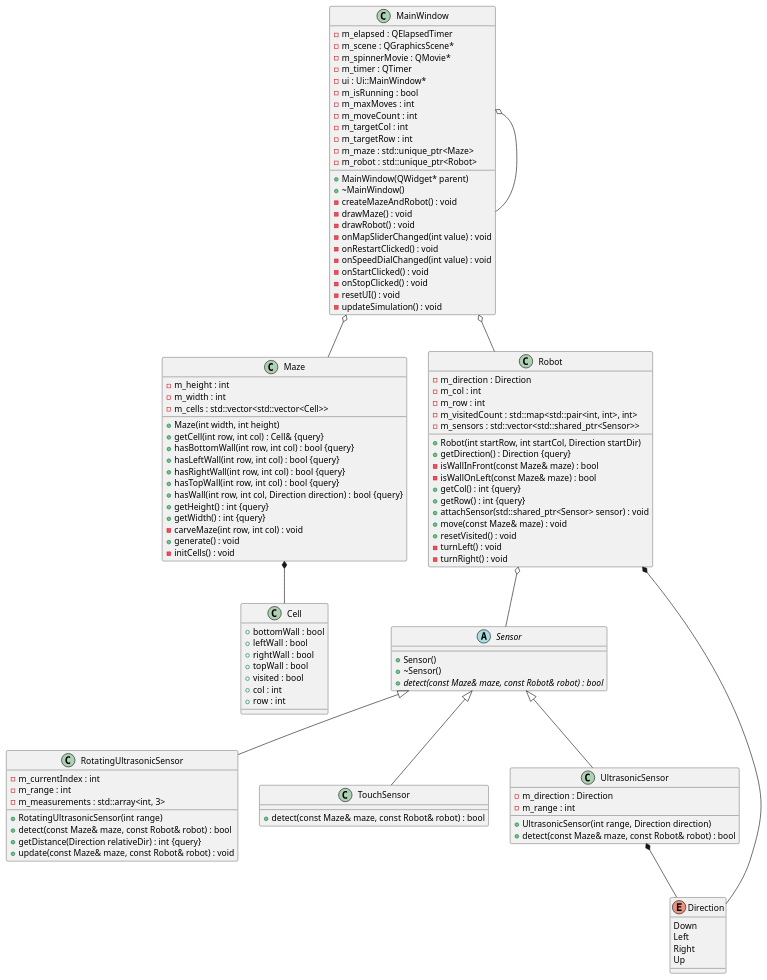
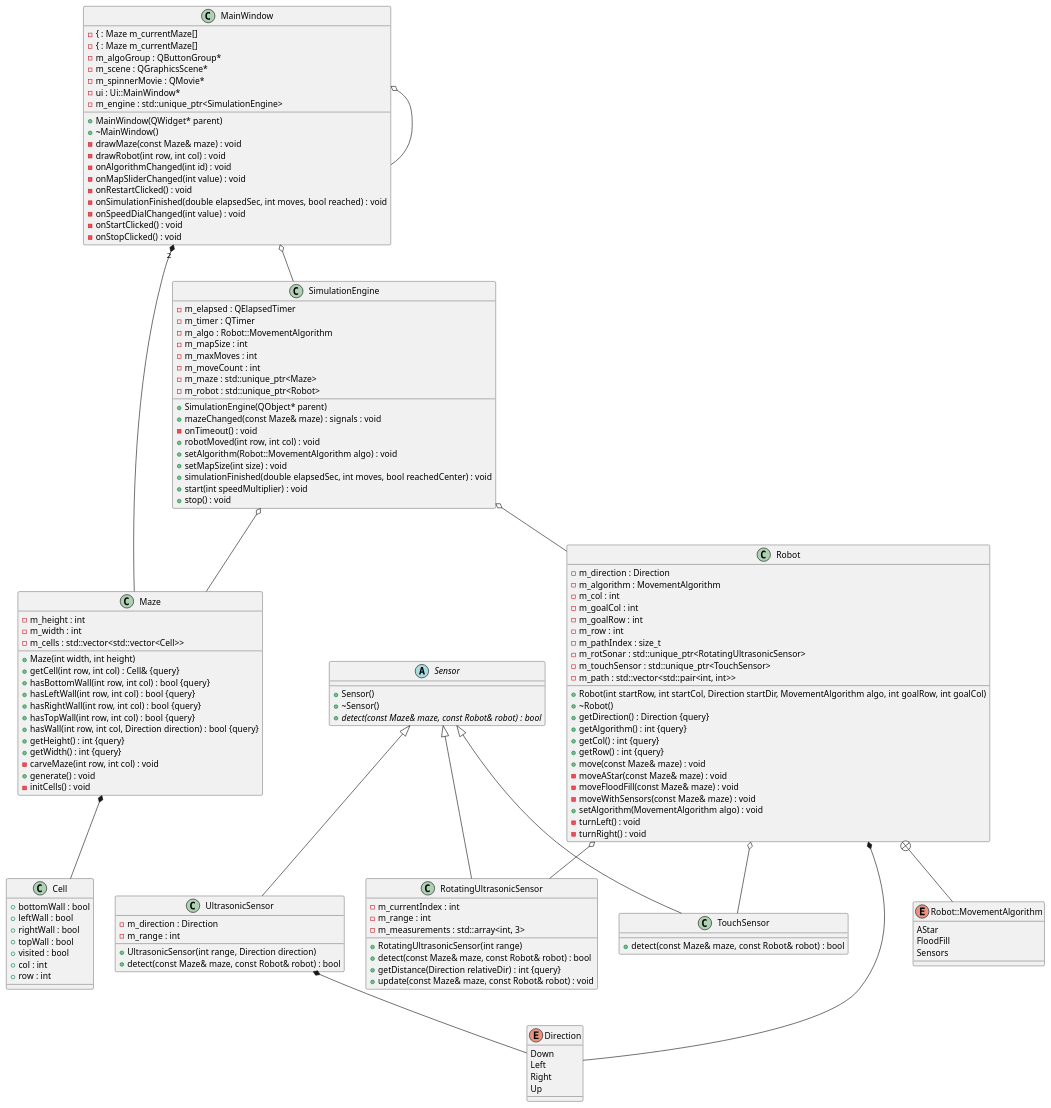
One commit to Meowzeeeee/Micromouse changed the diagram in MS_Micromouse/output.puml. Above: the diagram before and after it, drawn with PlantUML. The commit also changed 1 other file, not shown here.

```diff
--- a/MS_Micromouse/output.puml
+++ b/MS_Micromouse/output.puml
@@ -9,28 +9,22 @@
 class MainWindow {
 	+MainWindow(QWidget* parent)
 	+~MainWindow()
-	-m_elapsed : QElapsedTimer
+	-{ : Maze m_currentMaze[]
+	-{ : Maze m_currentMaze[]
+	-m_algoGroup : QButtonGroup*
 	-m_scene : QGraphicsScene*
 	-m_spinnerMovie : QMovie*
-	-m_timer : QTimer
 	-ui : Ui::MainWindow*
-	-m_isRunning : bool
-	-m_maxMoves : int
-	-m_moveCount : int
-	-m_targetCol : int
-	-m_targetRow : int
-	-m_maze : std::unique_ptr<Maze>
-	-m_robot : std::unique_ptr<Robot>
-	-createMazeAndRobot() : void
-	-drawMaze() : void
-	-drawRobot() : void
+	-m_engine : std::unique_ptr<SimulationEngine>
+	-drawMaze(const Maze& maze) : void
+	-drawRobot(int row, int col) : void
+	-onAlgorithmChanged(int id) : void
 	-onMapSliderChanged(int value) : void
 	-onRestartClicked() : void
+	-onSimulationFinished(double elapsedSec, int moves, bool reached) : void
 	-onSpeedDialChanged(int value) : void
 	-onStartClicked() : void
 	-onStopClicked() : void
-	-resetUI() : void
-	-updateSimulation() : void
 }
 
 
@@ -54,20 +48,27 @@
 
 
 class Robot {
-	+Robot(int startRow, int startCol, Direction startDir)
+	+Robot(int startRow, int startCol, Direction startDir, MovementAlgorithm algo, int goalRow, int goalCol)
+	+~Robot()
 	+getDirection() : Direction {query}
 	-m_direction : Direction
-	-isWallInFront(const Maze& maze) : bool
-	-isWallOnLeft(const Maze& maze) : bool
+	-m_algorithm : MovementAlgorithm
+	+getAlgorithm() : int {query}
 	+getCol() : int {query}
 	+getRow() : int {query}
 	-m_col : int
+	-m_goalCol : int
+	-m_goalRow : int
 	-m_row : int
-	-m_visitedCount : std::map<std::pair<int, int>, int>
-	-m_sensors : std::vector<std::shared_ptr<Sensor>>
-	+attachSensor(std::shared_ptr<Sensor> sensor) : void
+	-m_pathIndex : size_t
+	-m_rotSonar : std::unique_ptr<RotatingUltrasonicSensor>
+	-m_touchSensor : std::unique_ptr<TouchSensor>
+	-m_path : std::vector<std::pair<int, int>>
 	+move(const Maze& maze) : void
-	+resetVisited() : void
+	-moveAStar(const Maze& maze) : void
+	-moveFloodFill(const Maze& maze) : void
+	-moveWithSensors(const Maze& maze) : void
+	+setAlgorithm(MovementAlgorithm algo) : void
 	-turnLeft() : void
 	-turnRight() : void
 }
@@ -91,6 +92,27 @@
 }
 
 
+class SimulationEngine {
+	+SimulationEngine(QObject* parent)
+	-m_elapsed : QElapsedTimer
+	-m_timer : QTimer
+	-m_algo : Robot::MovementAlgorithm
+	-m_mapSize : int
+	-m_maxMoves : int
+	-m_moveCount : int
+	+mazeChanged(const Maze& maze) : signals : void
+	-m_maze : std::unique_ptr<Maze>
+	-m_robot : std::unique_ptr<Robot>
+	-onTimeout() : void
+	+robotMoved(int row, int col) : void
+	+setAlgorithm(Robot::MovementAlgorithm algo) : void
+	+setMapSize(int size) : void
+	+simulationFinished(double elapsedSec, int moves, bool reachedCenter) : void
+	+start(int speedMultiplier) : void
+	+stop() : void
+}
+
+
 class TouchSensor {
 	+detect(const Maze& maze, const Robot& robot) : bool
 }
@@ -109,6 +131,13 @@
 	Left
 	Right
 	Up
+}
+
+
+enum Robot::MovementAlgorithm {
+	AStar
+	FloodFill
+	Sensors
 }
 
 
@@ -145,10 +174,10 @@
 MainWindow o-- MainWindow
 
 
-MainWindow o-- Maze
+MainWindow "2" *-- Maze
 
 
-MainWindow o-- Robot
+MainWindow o-- SimulationEngine
 
 
 Maze *-- Cell
@@ -157,7 +186,16 @@
 Robot *-- Direction
 
 
-Robot o-- Sensor
+Robot o-- RotatingUltrasonicSensor
+
+
+Robot o-- TouchSensor
+
+
+SimulationEngine o-- Maze
+
+
+SimulationEngine o-- Robot
 
 
 UltrasonicSensor *-- Direction
@@ -169,6 +207,9 @@
 
 /' Nested objects '/
 
+Robot +-- Robot::MovementAlgorithm
+
+
 
 
 @enduml
```
